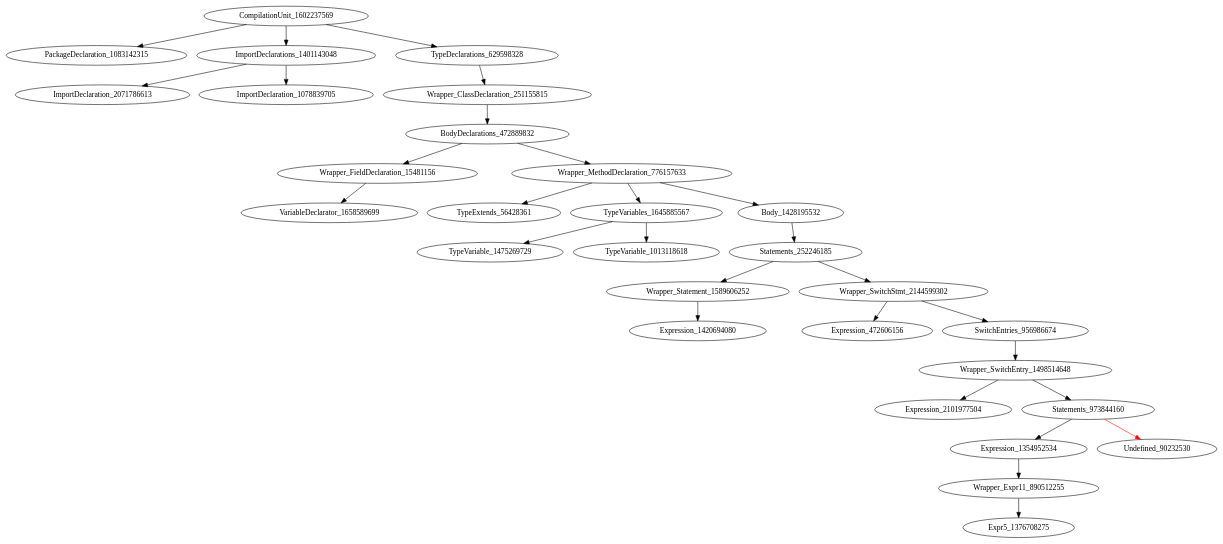
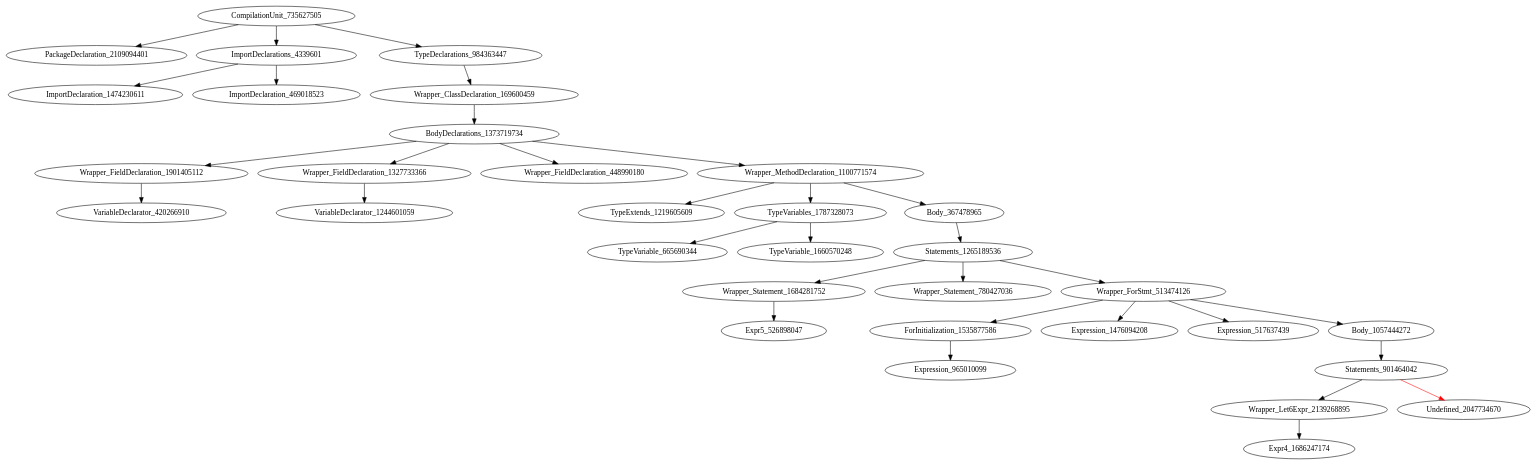
Before and after one commit to icse2023material/VoiceJava: the diagram in holeAST.dot, drawn with Graphviz. The commit also changed 5 other files, not shown here.

```diff
--- a/holeAST.dot
+++ b/holeAST.dot
@@ -1,30 +1,34 @@
 digraph {
-CompilationUnit_1602237569 -> PackageDeclaration_1083142315
-CompilationUnit_1602237569 -> ImportDeclarations_1401143048
-CompilationUnit_1602237569 -> TypeDeclarations_629598328
-ImportDeclarations_1401143048 -> ImportDeclaration_2071786613
-ImportDeclarations_1401143048 -> ImportDeclaration_1078839705
-TypeDeclarations_629598328 -> Wrapper_ClassDeclaration_251155815
-Wrapper_ClassDeclaration_251155815 -> BodyDeclarations_472889832
-BodyDeclarations_472889832 -> Wrapper_FieldDeclaration_15481156
-BodyDeclarations_472889832 -> Wrapper_MethodDeclaration_776157633
-Wrapper_FieldDeclaration_15481156 -> VariableDeclarator_1658589699
-Wrapper_MethodDeclaration_776157633 -> TypeExtends_56428361
-Wrapper_MethodDeclaration_776157633 -> TypeVariables_1645885567
-Wrapper_MethodDeclaration_776157633 -> Body_1428195532
-TypeVariables_1645885567 -> TypeVariable_1475269729
-TypeVariables_1645885567 -> TypeVariable_1013118618
-Body_1428195532 -> Statements_252246185
-Statements_252246185 -> Wrapper_Statement_1589606252
-Statements_252246185 -> Wrapper_SwitchStmt_2144599302
-Wrapper_Statement_1589606252 -> Expression_1420694080
-Wrapper_SwitchStmt_2144599302 -> Expression_472606156
-Wrapper_SwitchStmt_2144599302 -> SwitchEntries_956986674
-SwitchEntries_956986674 -> Wrapper_SwitchEntry_1498514648
-Wrapper_SwitchEntry_1498514648 -> Expression_2101977504
-Wrapper_SwitchEntry_1498514648 -> Statements_973844160
-Statements_973844160 -> Expression_1354952534
-Statements_973844160 -> Undefined_90232530 [color = red] 
-Expression_1354952534 -> Wrapper_Expr11_890512255
-Wrapper_Expr11_890512255 -> Expr5_1376708275
+CompilationUnit_735627505 -> PackageDeclaration_2109094401
+CompilationUnit_735627505 -> ImportDeclarations_4339601
+CompilationUnit_735627505 -> TypeDeclarations_984363447
+ImportDeclarations_4339601 -> ImportDeclaration_1474230611
+ImportDeclarations_4339601 -> ImportDeclaration_469018523
+TypeDeclarations_984363447 -> Wrapper_ClassDeclaration_169600459
+Wrapper_ClassDeclaration_169600459 -> BodyDeclarations_1373719734
+BodyDeclarations_1373719734 -> Wrapper_FieldDeclaration_1901405112
+BodyDeclarations_1373719734 -> Wrapper_FieldDeclaration_1327733366
+BodyDeclarations_1373719734 -> Wrapper_FieldDeclaration_448990180
+BodyDeclarations_1373719734 -> Wrapper_MethodDeclaration_1100771574
+Wrapper_FieldDeclaration_1901405112 -> VariableDeclarator_420266910
+Wrapper_FieldDeclaration_1327733366 -> VariableDeclarator_1244601059
+Wrapper_MethodDeclaration_1100771574 -> TypeExtends_1219605609
+Wrapper_MethodDeclaration_1100771574 -> TypeVariables_1787328073
+Wrapper_MethodDeclaration_1100771574 -> Body_367478965
+TypeVariables_1787328073 -> TypeVariable_665690344
+TypeVariables_1787328073 -> TypeVariable_1660570248
+Body_367478965 -> Statements_1265189536
+Statements_1265189536 -> Wrapper_Statement_1684281752
+Statements_1265189536 -> Wrapper_Statement_780427036
+Statements_1265189536 -> Wrapper_ForStmt_513474126
+Wrapper_Statement_1684281752 -> Expr5_526898047
+Wrapper_ForStmt_513474126 -> ForInitialization_1535877586
+Wrapper_ForStmt_513474126 -> Expression_1476094208
+Wrapper_ForStmt_513474126 -> Expression_517637439
+Wrapper_ForStmt_513474126 -> Body_1057444272
+ForInitialization_1535877586 -> Expression_965010099
+Body_1057444272 -> Statements_901464042
+Statements_901464042 -> Wrapper_Let6Expr_2139268895
+Statements_901464042 -> Undefined_2047734670 [color = red] 
+Wrapper_Let6Expr_2139268895 -> Expr4_1686247174
 }
```
